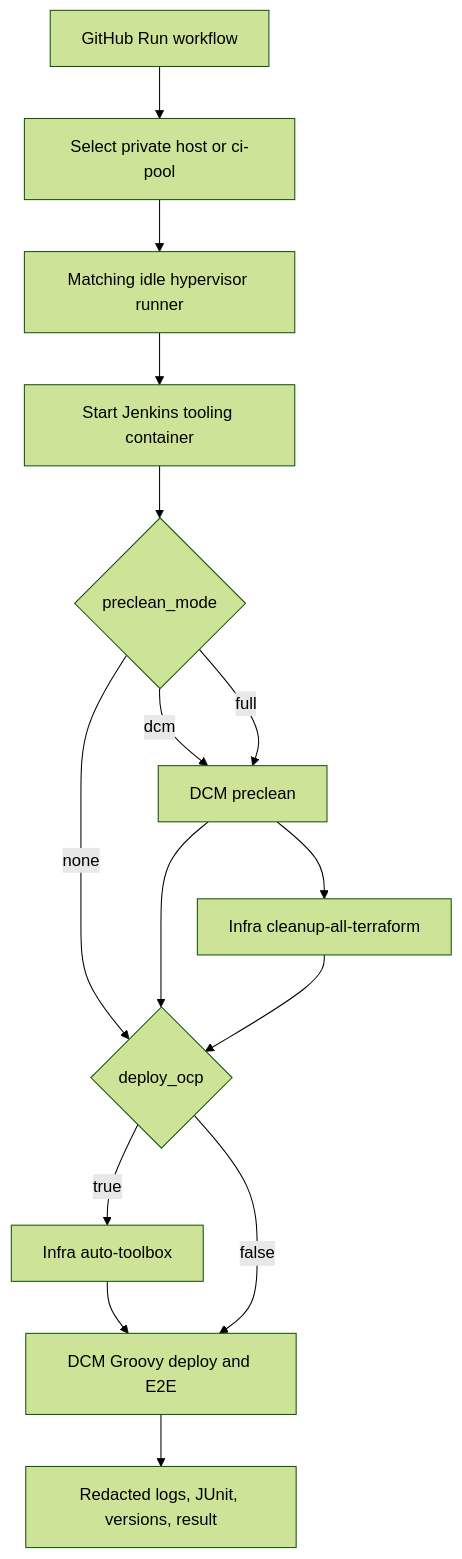
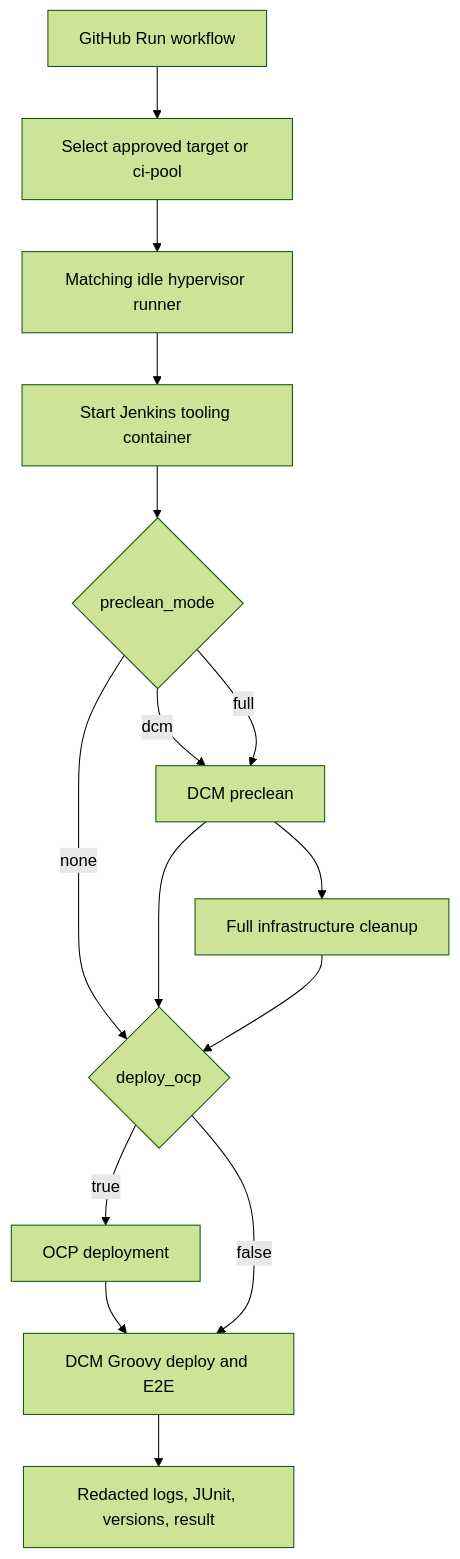
Before and after one commit to achuzhoy/dcm-ci-modernization: the second of 2 diagrams in DCM_CI_MODERNIZATION_ENHANCEMENT.md, drawn with Mermaid (forest theme). The commit also changed other lines of this file, not shown here.

Commit message:
Remove private routing and internal references

````diff
--- a/DCM_CI_MODERNIZATION_ENHANCEMENT.md
+++ b/DCM_CI_MODERNIZATION_ENHANCEMENT.md
@@ -108,22 +108,22 @@
 ```mermaid
 flowchart TB
     START[GitHub Run workflow]
-    SELECT[Select private host or ci-pool]
+    SELECT[Select approved target or ci-pool]
     RUNNER[Matching idle hypervisor runner]
     JENKINS[Start Jenkins tooling container]
     CLEAN{preclean_mode}
     DCM[DCM preclean]
-    FULL[Infra cleanup-all-terraform]
+    FULL[Full infrastructure cleanup]
     OCP{deploy_ocp}
-    AUTO[Infra auto-toolbox]
+    AUTO[OCP deployment]
     DEPLOY[DCM Groovy deploy and E2E]
     RESULT[Redacted logs, JUnit, versions, result]
 
     START --> SELECT --> RUNNER --> JENKINS --> CLEAN
     CLEAN -->|none| OCP
     CLEAN -->|dcm| DCM --> OCP
     CLEAN -->|full| DCM --> FULL --> OCP
     OCP -->|true| AUTO --> DEPLOY
     OCP -->|false| DEPLOY
     DEPLOY --> RESULT
 ```
````
